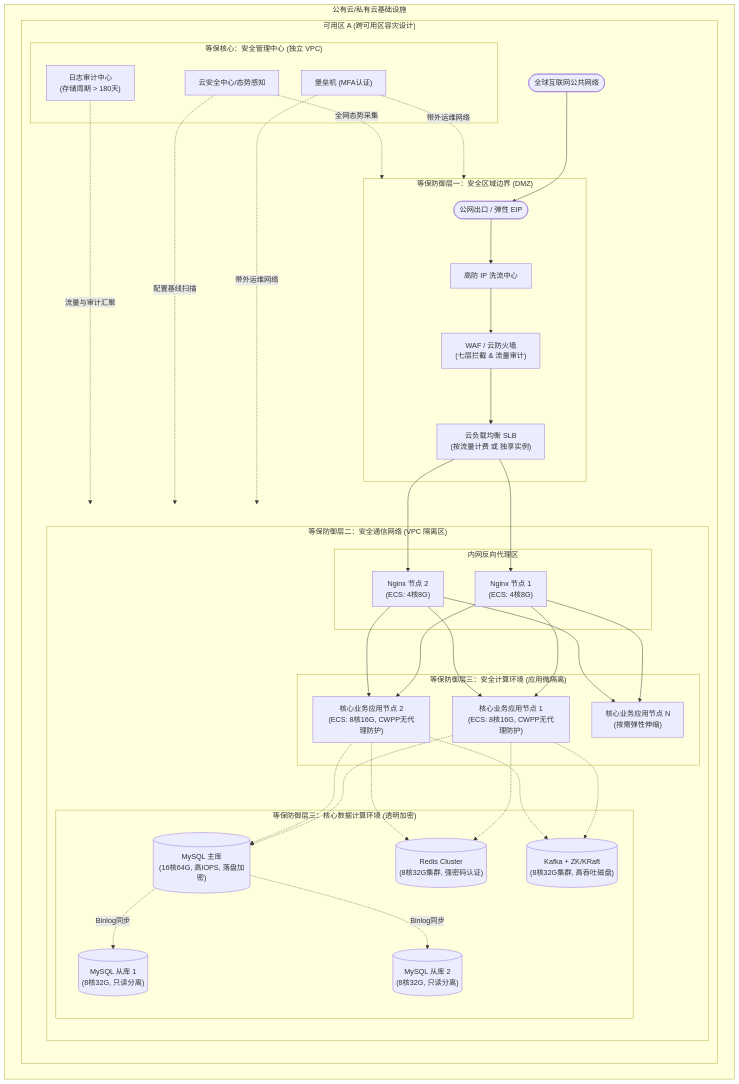
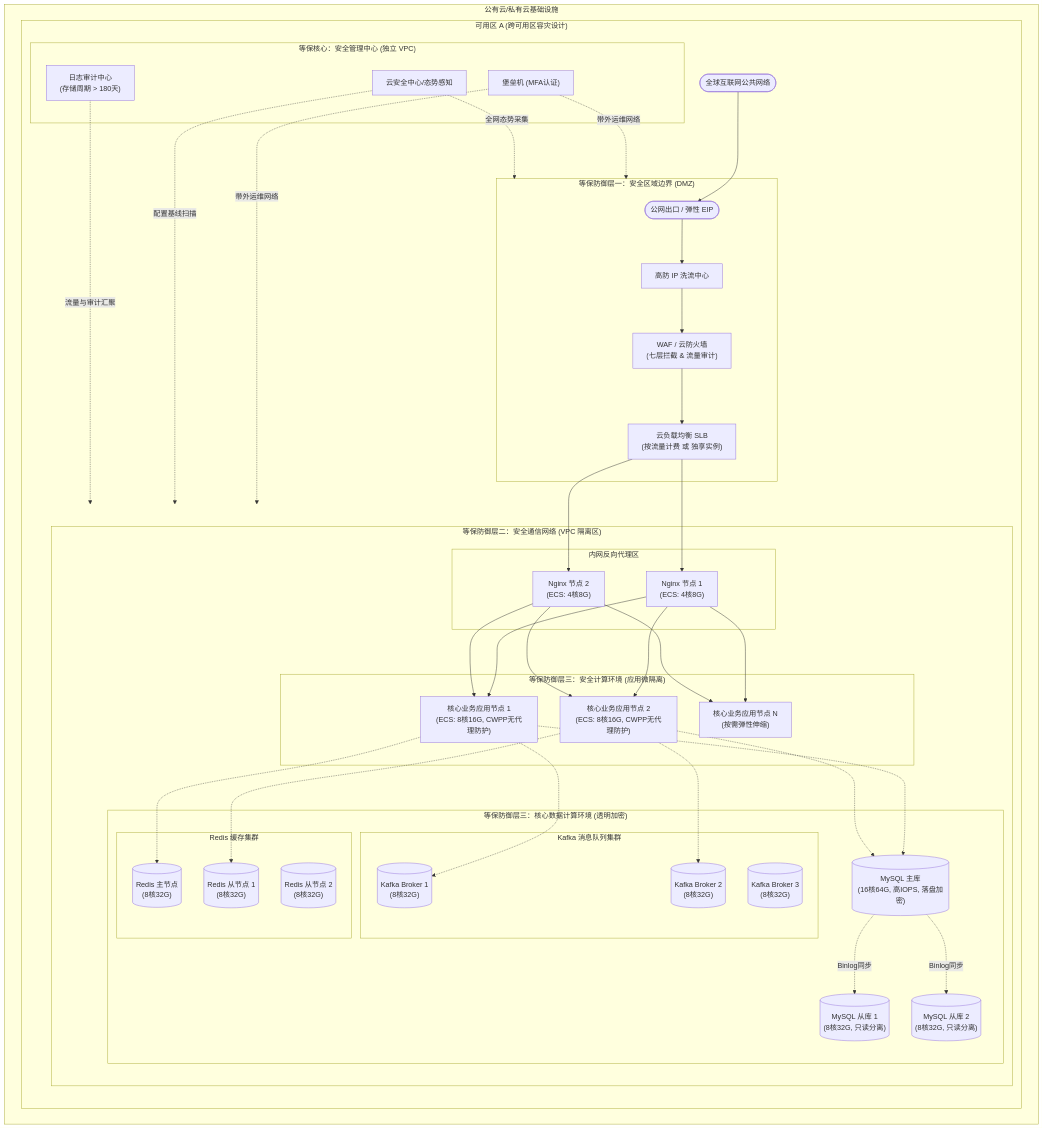
Before and after one commit to YouUWd/jules_task: the diagram in Deployment.md, drawn with Mermaid.

Commit message:
docs: detail redis and kafka clusters in deployment diagram
Refines the `Deployment.md` physical deployment architecture diagram to explicitly illustrate the individual nodes that comprise the Redis and Kafka clusters, replacing the previous single-block abstractions.

Changes included:
- Replaced the single `Redis` node with a `RedisCluster` subgraph containing `Redis1`, `Redis2`, and `Redis3` (1 Master, 2 Replicas).
- Replaced the single `Kafka` node with a `KafkaCluster` subgraph containing `Kafka1`, `Kafka2`, and `Kafka3` (3 Brokers).
- Updated the dependency lines from the Application tier (`App1`, `App2`) to correctly point to the newly defined cluster nodes, ensuring the Mermaid syntax accurately represents the high-availability (HA) requirements described in the Server Resource Allocation BOM.

```diff
--- a/Deployment.md
+++ b/Deployment.md
@@ -65,8 +65,17 @@
                     MySQL_Slave1[("MySQL 从库 1\n(8核32G, 只读分离)")]
                     MySQL_Slave2[("MySQL 从库 2\n(8核32G, 只读分离)")]
 
-                    Redis[("Redis Cluster\n(8核32G集群, 强密码认证)")]
-                    Kafka[("Kafka + ZK/KRaft\n(8核32G集群, 高吞吐磁盘)")]
+                    subgraph RedisCluster["Redis 缓存集群"]
+                        Redis1[("Redis 主节点\n(8核32G)")]
+                        Redis2[("Redis 从节点 1\n(8核32G)")]
+                        Redis3[("Redis 从节点 2\n(8核32G)")]
+                    end
+
+                    subgraph KafkaCluster["Kafka 消息队列集群"]
+                        Kafka1[("Kafka Broker 1\n(8核32G)")]
+                        Kafka2[("Kafka Broker 2\n(8核32G)")]
+                        Kafka3[("Kafka Broker 3\n(8核32G)")]
+                    end
                 end
             end
 
@@ -93,12 +102,12 @@
             Nginx2 --> AppN
 
             App1 -.-> MySQL_Master
-            App1 -.-> Redis
-            App1 -.-> Kafka
+            App1 -.-> Redis1
+            App1 -.-> Kafka1
 
             App2 -.-> MySQL_Master
-            App2 -.-> Redis
-            App2 -.-> Kafka
+            App2 -.-> Redis2
+            App2 -.-> Kafka2
 
             MySQL_Master -.->|Binlog同步| MySQL_Slave1
             MySQL_Master -.->|Binlog同步| MySQL_Slave2
```
